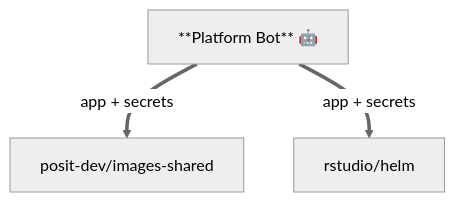
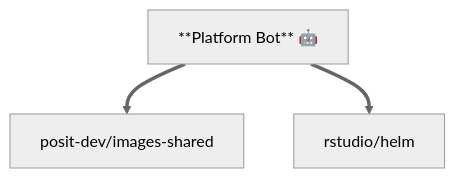
The fifth of 5 diagrams in pulumi/github/github-apps/README.md (posit-dev/images-shared), drawn with Mermaid (neutral theme) before and after one commit. The commit also changed other lines of this file and 2 other files, not shown here.

First line of the commit message:
Add product repos to bot installations

````diff
--- a/pulumi/github/github-apps/README.md
+++ b/pulumi/github/github-apps/README.md
@@ -88,7 +94,7 @@
 ```mermaid
 graph TD
     BOT["**Platform Bot** 🤖"]
 
-    BOT ==>|app + secrets| IS["posit-dev/images-shared"]
-    BOT ==>|app + secrets| HELM["rstudio/helm"]
+    BOT ==> IS["posit-dev/images-shared"]
+    BOT ==> HELM["rstudio/helm"]
 ```
````
